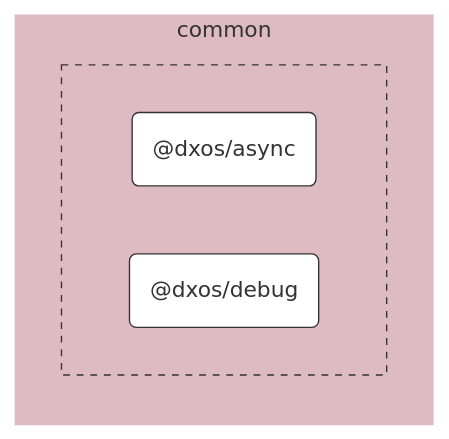
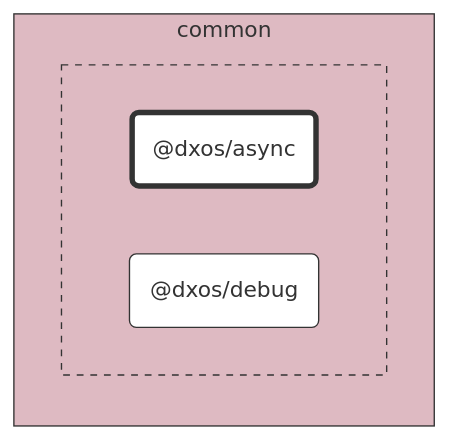
One commit to dxos/dxos changed the diagram in packages/common/async/docs/README.md. Above: the diagram before and after it, drawn with Mermaid. The commit also changed 89 other files, not shown here.

````diff
--- a/packages/common/async/docs/README.md
+++ b/packages/common/async/docs/README.md
@@ -7,26 +7,26 @@
 ```mermaid
 %%{ init: {'flowchart':{'curve':'basis'}} }%%
 
 flowchart LR
 
 %% Classes
 classDef def fill:#fff,stroke:#333,stroke-width:1px
 classDef root fill:#fff,stroke:#333,stroke-width:4px
 
 %% Nodes
 
 subgraph common [common]
-  style common fill:#debac2,stroke:#fff
+  style common fill:#debac2,stroke:#333
 
-  subgraph common-excluded [ ]
-    style common-excluded fill:#debac2,stroke:#333,stroke-dasharray:5 5
-    dxos/async("@dxos/async"):::def
+  subgraph _ [ ]
+    style _ fill:#debac2,stroke:#333,stroke-dasharray:5 5
+    dxos/async("@dxos/async"):::root
     click dxos/async "dxos/dxos/tree/main/packages/common/async/docs"
     dxos/debug("@dxos/debug"):::def
     click dxos/debug "dxos/dxos/tree/main/packages/common/debug/docs"
   end
 end
 
 %% Links
 linkStyle default stroke:#333,stroke-width:1px
 ```
````
